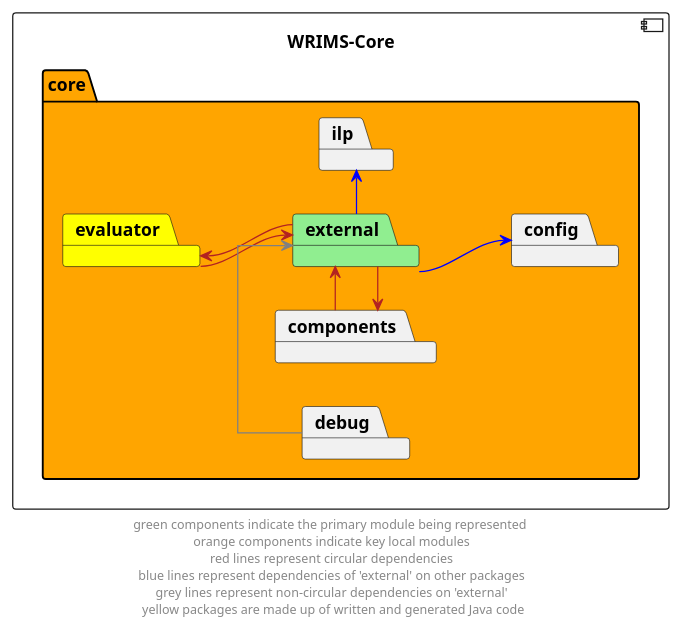
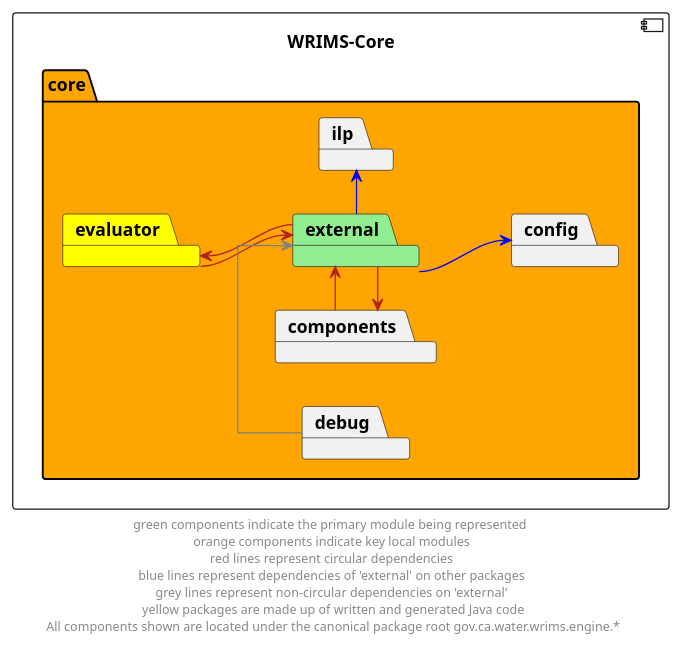
Before and after one commit to CentralValleyModeling/wrims-engine: the diagram in docs/diagrams/wrims-core/wrims-core_external.puml, drawn with PlantUML. The commit also changed 34 other files, not shown here.

Commit message:
Added missing canonical tld path references to diagrams

```diff
--- a/docs/diagrams/wrims-core/wrims-core_external.puml
+++ b/docs/diagrams/wrims-core/wrims-core_external.puml
@@ -1,31 +1,31 @@
 @startuml
 left to right direction
 skinparam linetype ortho
 
 component wrims_core as "WRIMS-Core" {
     package core  #orange{
         package external #lightgreen
         package components
         package config
         package debug
         package evaluator #yellow
         package ilp
     }
 }
 
 components -r-> external #firebrick
 external -l-> components #firebrick
 
 evaluator -r-> external #firebrick
 external -l-> evaluator #firebrick
 
 external -r-> ilp #blue
 external --> config #blue
 
 debug -> external #grey
 
 ' The following relationships are hidden and used to format the diagram. They do not represent actual dependencies.
 components -u[hidden]-> evaluator
 
-footer "green components indicate the primary module being represented \n orange components indicate key local modules \n red lines represent circular dependencies \n blue lines represent dependencies of 'external' on other packages \n grey lines represent non-circular dependencies on 'external' \n yellow packages are made up of written and generated Java code"
+footer "green components indicate the primary module being represented \n orange components indicate key local modules \n red lines represent circular dependencies \n blue lines represent dependencies of 'external' on other packages \n grey lines represent non-circular dependencies on 'external' \n yellow packages are made up of written and generated Java code\n All components shown are located under the canonical package root gov.ca.water.wrims.engine.*"
 @enduml
```
